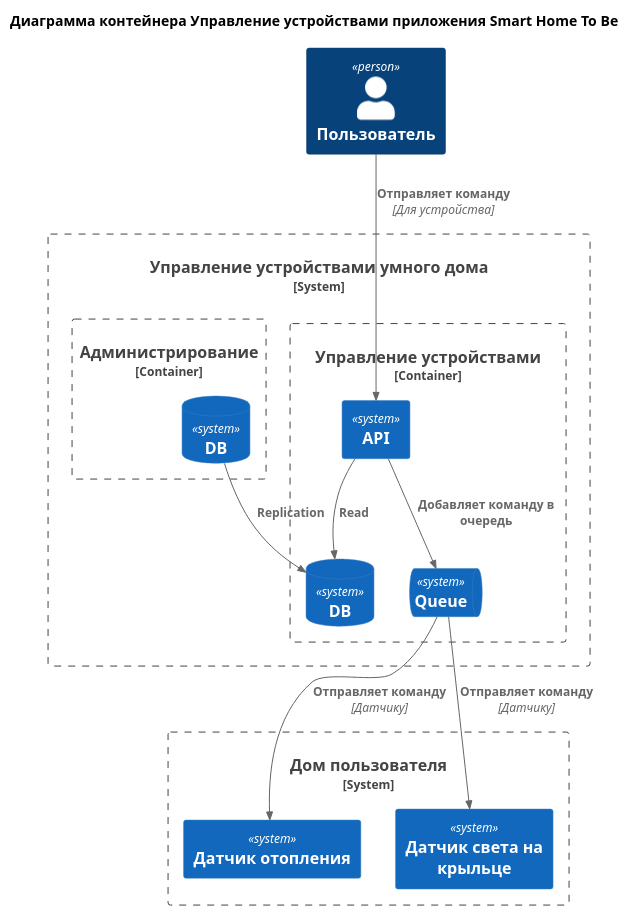
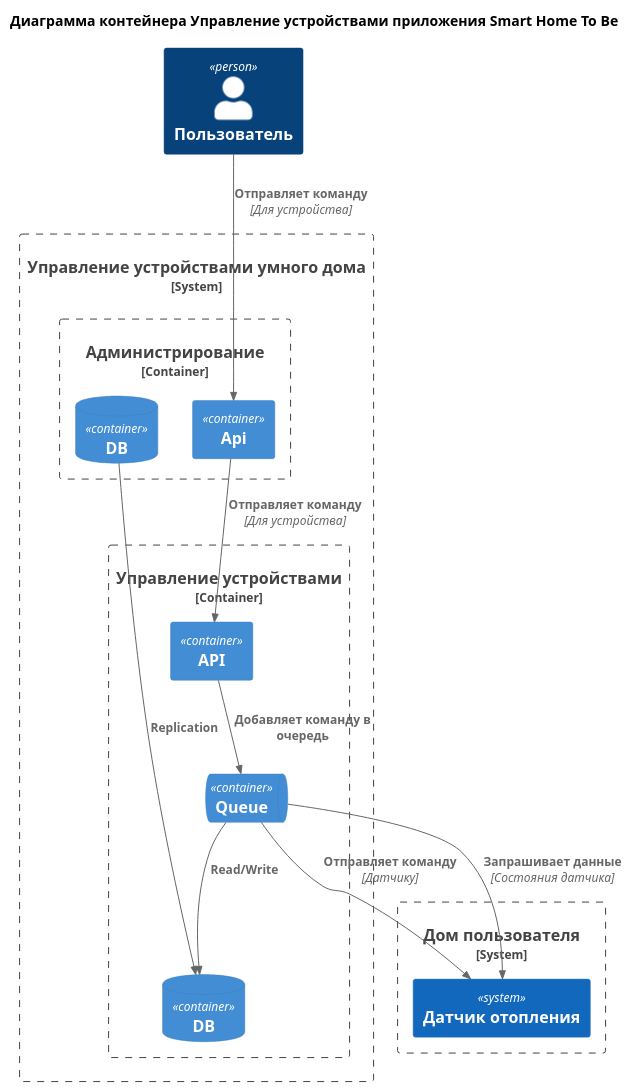
One commit to bezdelnique/ydnx-arch-sprint1 changed the diagram in docs/To Be Container Device Management.puml. Above: the diagram before and after it, drawn with PlantUML. The commit also changed 2 other files, not shown here.

Commit message:
To Be C4 diagrams

```diff
--- a/docs/To Be Container Device Management.puml
+++ b/docs/To Be Container Device Management.puml
@@ -1,40 +1,43 @@
 @startuml
 title "Диаграмма контейнера Управление устройствами приложения Smart Home To Be"
 
 top to bottom direction
 
 !include C4/C4_Container.puml
 
 Person(User, "Пользователь")
 
 System_Boundary(UserHome, "Дом пользователя") {
     System(SensorHeating, "Датчик отопления")
-    System(SensorLight, "Датчик света на крыльце")
 }
 
 
 System_Boundary(Domain, "Управление устройствами умного дома") {
     Container_Boundary(SubdomainManageDevice, "Управление устройствами") {
-        System(ManageDeviceApi, "API")
-        SystemDb(ManageDeviceDb, "DB")
-        SystemQueue(ManageDeviceQueue, "Queue")
+        Container(ManageDeviceApi, "API")
+        ContainerDb(ManageDeviceDb, "DB")
+        ContainerQueue(ManageDeviceQueue, "Queue")
     }
 
     Container_Boundary(SubdomainAdministration, "Администрирование") {
-        SystemDb(AdministrationDb, "DB")
+        Container(AdministrationApi, "Api")
+        ContainerDb(AdministrationDb, "DB")
     }
 }
 
 
 
-Rel(ManageDeviceApi, ManageDeviceDb, "Read")
 Rel(AdministrationDb, ManageDeviceDb, "Replication")
+Rel(ManageDeviceQueue, ManageDeviceDb, "Read/Write")
 
-Rel(User, ManageDeviceApi, "Отправляет команду", "Для устройства")
+Rel(AdministrationApi, ManageDeviceApi, "Отправляет команду", "Для устройства")
+
 Rel(ManageDeviceApi, ManageDeviceQueue, "Добавляет команду в очередь")
-Rel(ManageDeviceQueue, SensorLight, "Отправляет команду", "Датчику")
 Rel(ManageDeviceQueue, SensorHeating, "Отправляет команду", "Датчику")
+Rel(ManageDeviceQueue, SensorHeating, "Запрашивает данные", "Состояния датчика")
+
+Rel(User, AdministrationApi, "Отправляет команду", "Для устройства")
 
 
 
 @enduml
```
